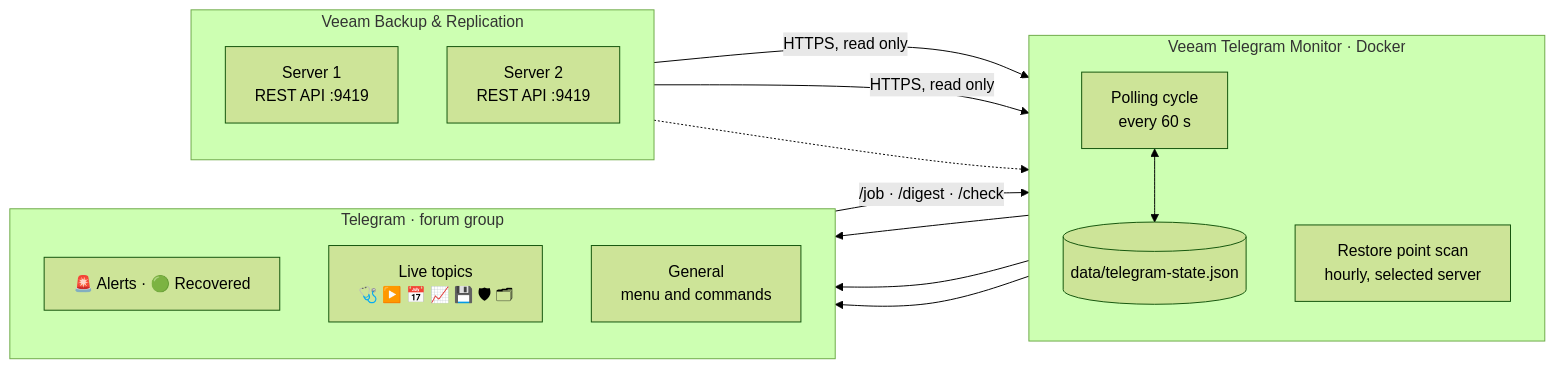
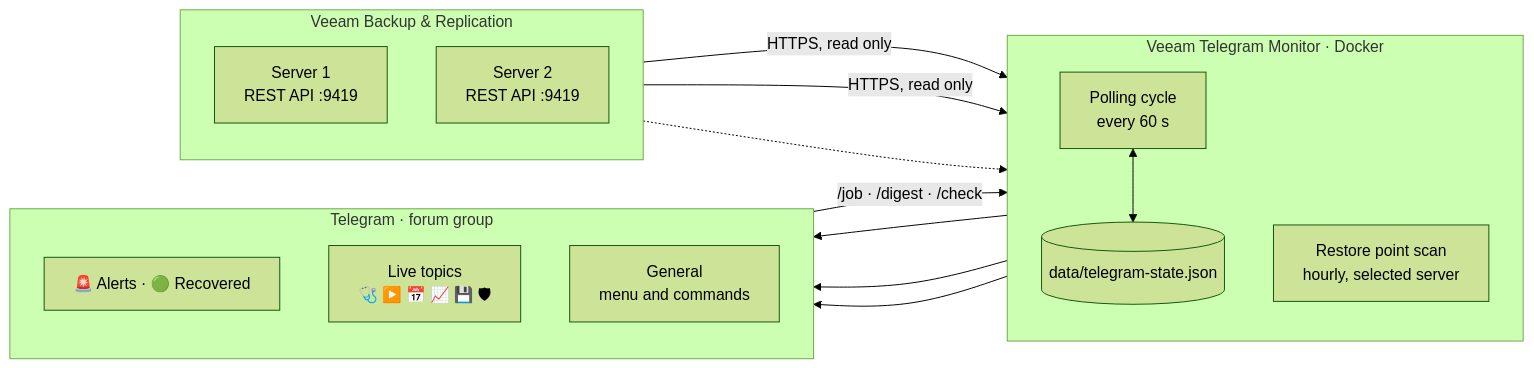
Before and after one commit to MuratFaizulla/veeam-monit: the diagram in docs/architecture.md, drawn with Mermaid (forest theme). The commit also changed 19 other files, not shown here.

````diff
--- a/docs/architecture.md
+++ b/docs/architecture.md
@@ -5,31 +5,31 @@
 ```mermaid
 flowchart LR
     subgraph VBR["Veeam Backup & Replication"]
         direction TB
         V1["Server 1<br/>REST API :9419"]
         V2["Server 2<br/>REST API :9419"]
     end
 
     subgraph BOT["Veeam Telegram Monitor · Docker"]
         direction TB
         C["Polling cycle<br/>every 60 s"]
         E["Restore point scan<br/>hourly, selected server"]
         S[("data/telegram-state.json")]
     end
 
     subgraph TG["Telegram · forum group"]
         direction TB
         A["🚨 Alerts · 🟢 Recovered"]
-        L["Live topics<br/>🩺 ▶️ 📅 📈 💾 🛡 🗂"]
+        L["Live topics<br/>🩺 ▶️ 📅 📈 💾 🛡"]
         G["General<br/>menu and commands"]
     end
 
     V1 -- "HTTPS, read only" --> C
     V2 -- "HTTPS, read only" --> C
     V1 -.-> E
     C --> A
     C --> L
     E --> L
     C <--> S
     G -- "/job · /digest · /check" --> C
 ```
````
